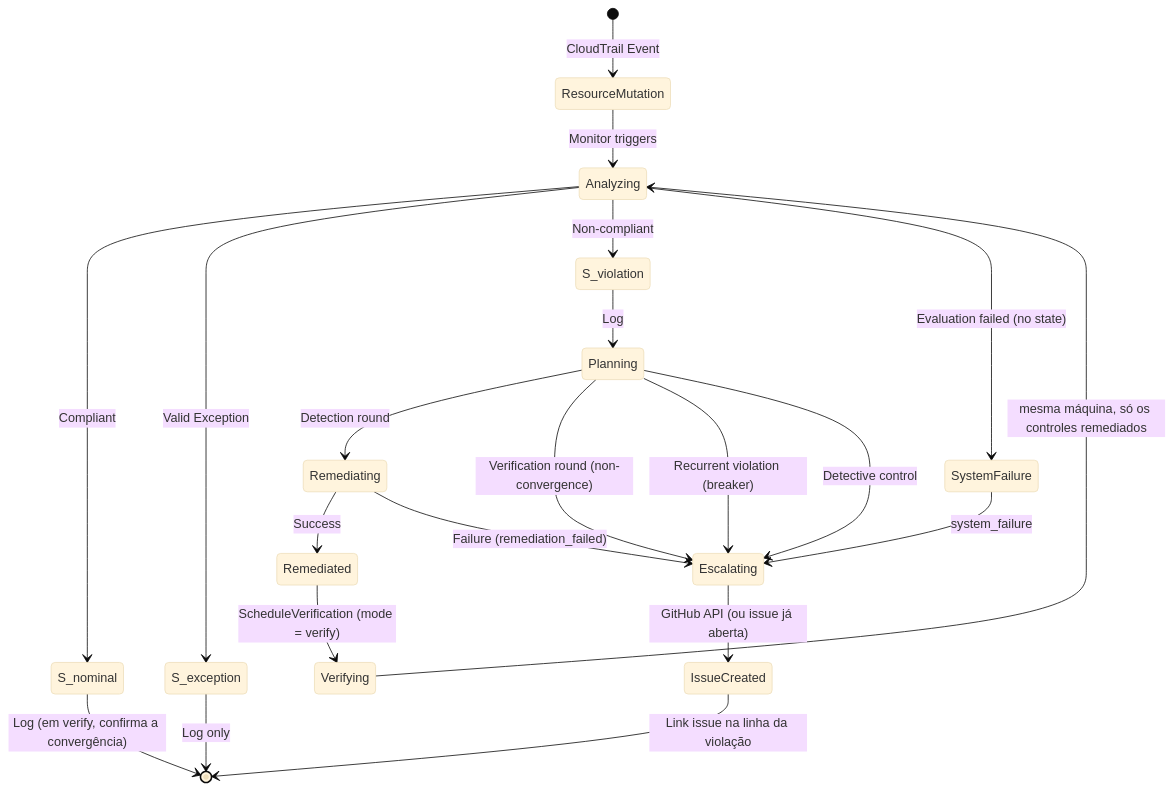
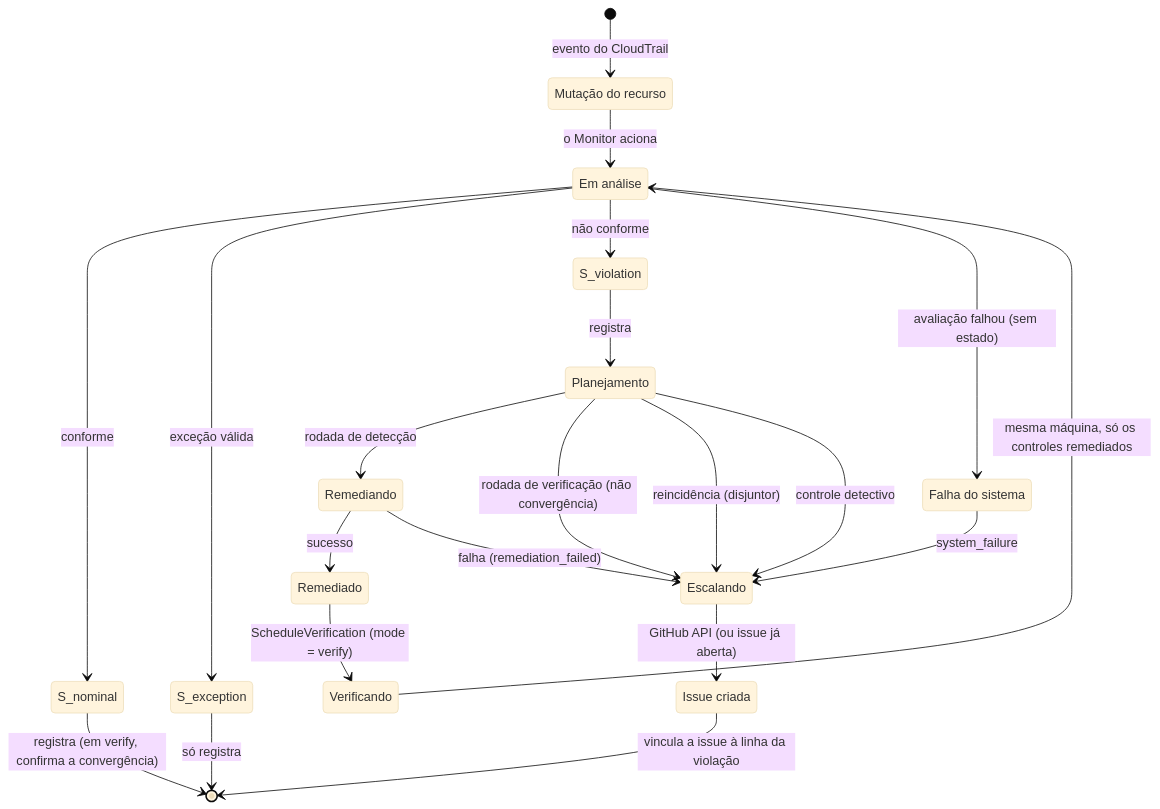
Before and after one commit to ricardoandreh/compliance-loop: the sixth of 6 diagrams in .kiro/specs/mvp-compliance-automation-loop/design.md, drawn with Mermaid (base theme). The commit also changed other lines of this file and 2 other files, not shown here.

First line of the commit message:
write the design in Portuguese: headings, properties, labels and diagrams

````diff
--- a/.kiro/specs/mvp-compliance-automation-loop/design.md
+++ b/.kiro/specs/mvp-compliance-automation-loop/design.md
@@ -1184,27 +1184,37 @@
 ```mermaid
 stateDiagram-v2
-    [*] --> ResourceMutation: CloudTrail Event
-    ResourceMutation --> Analyzing: Monitor triggers
-    Analyzing --> S_nominal: Compliant
-    Analyzing --> S_exception: Valid Exception
-    Analyzing --> S_violation: Non-compliant
-    Analyzing --> SystemFailure: Evaluation failed (no state)
+    state "Mutação do recurso" as ResourceMutation
+    state "Em análise" as Analyzing
+    state "Falha do sistema" as SystemFailure
+    state "Planejamento" as Planning
+    state "Remediando" as Remediating
+    state "Remediado" as Remediated
+    state "Verificando" as Verifying
+    state "Escalando" as Escalating
+    state "Issue criada" as IssueCreated
 
-    S_nominal --> [*]: Log (em verify, confirma a convergência)
-    S_exception --> [*]: Log only
-    S_violation --> Planning: Log
+    [*] --> ResourceMutation: evento do CloudTrail
+    ResourceMutation --> Analyzing: o Monitor aciona
+    Analyzing --> S_nominal: conforme
+    Analyzing --> S_exception: exceção válida
+    Analyzing --> S_violation: não conforme
+    Analyzing --> SystemFailure: avaliação falhou (sem estado)
 
-    Planning --> Remediating: Detection round
-    Planning --> Escalating: Verification round (non-convergence)
-    Planning --> Escalating: Recurrent violation (breaker)
-    Planning --> Escalating: Detective control
+    S_nominal --> [*]: registra (em verify, confirma a convergência)
+    S_exception --> [*]: só registra
+    S_violation --> Planning: registra
 
-    Remediating --> Remediated: Success
-    Remediating --> Escalating: Failure (remediation_failed)
+    Planning --> Remediating: rodada de detecção
+    Planning --> Escalating: rodada de verificação (não convergência)
+    Planning --> Escalating: reincidência (disjuntor)
+    Planning --> Escalating: controle detectivo
+
+    Remediating --> Remediated: sucesso
+    Remediating --> Escalating: falha (remediation_failed)
     Remediated --> Verifying: ScheduleVerification (mode = verify)
     Verifying --> Analyzing: mesma máquina, só os controles remediados
 
     SystemFailure --> Escalating: system_failure
     Escalating --> IssueCreated: GitHub API (ou issue já aberta)
-    IssueCreated --> [*]: Link issue na linha da violação
+    IssueCreated --> [*]: vincula a issue à linha da violação
 ```
````
